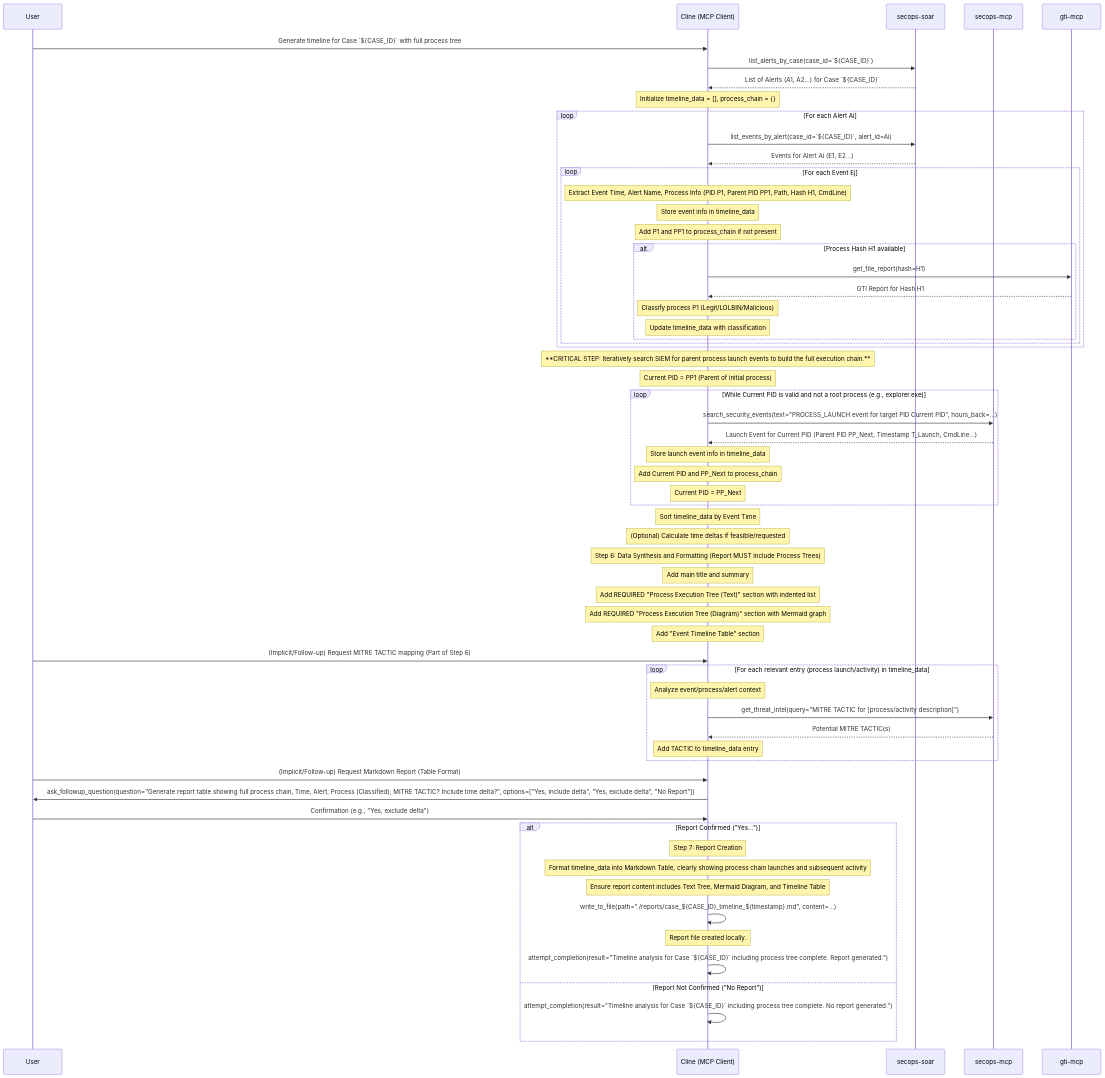
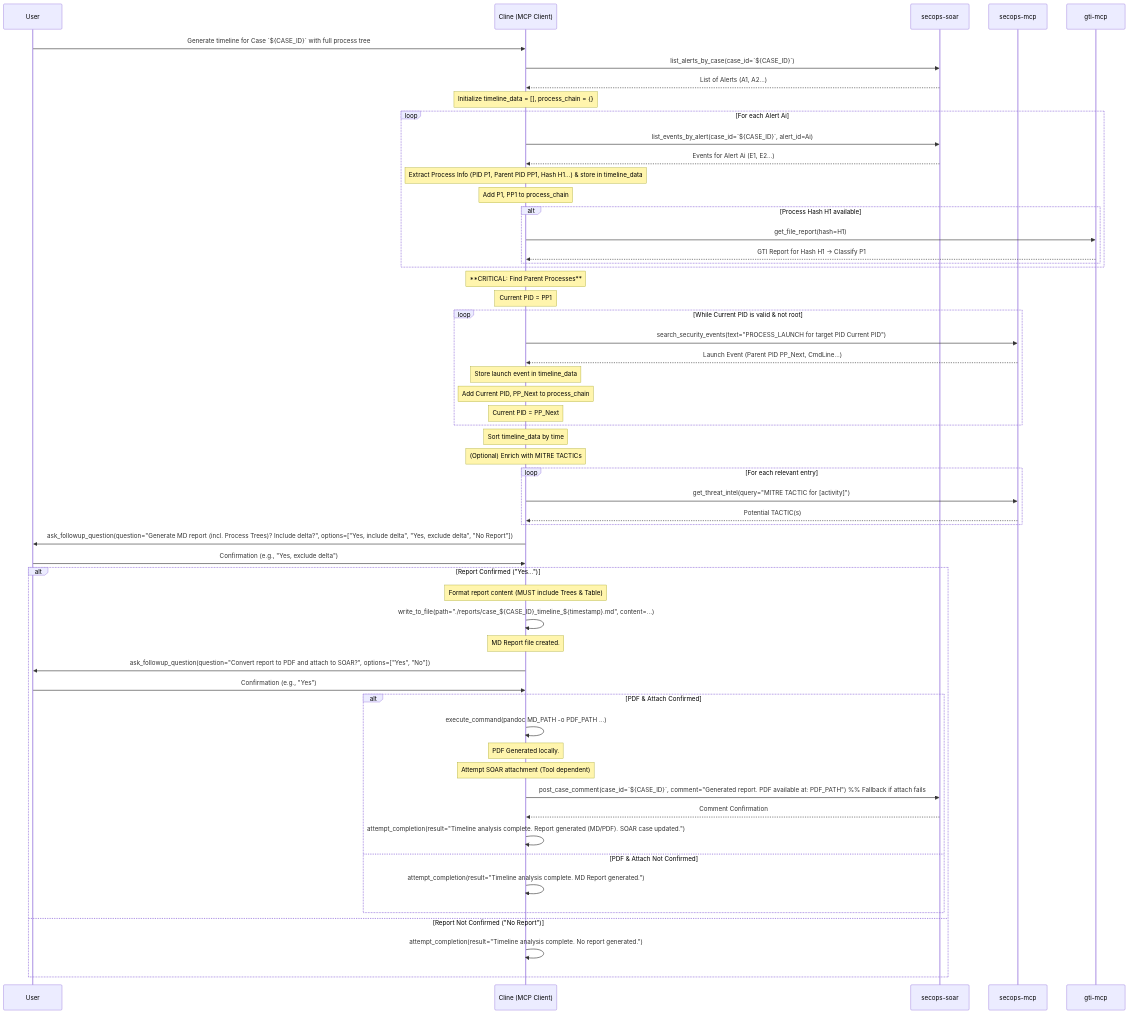
One commit to google/mcp-security changed the tenth of 10 diagrams in WORKFLOWS.md. Above: the diagram before and after it, drawn with Mermaid. The commit also changed other lines of this file, not shown here.

Commit message:
merge two proc tree workflows

````diff
--- a/WORKFLOWS.md
+++ b/WORKFLOWS.md
@@ -922,72 +829,68 @@
 ```{mermaid}
 sequenceDiagram
     participant User
     participant Cline as Cline (MCP Client)
     participant SOAR as secops-soar
     participant SIEM as secops-mcp
     participant GTI as gti-mcp
 
     User->>Cline: Generate timeline for Case `${CASE_ID}` with full process tree
     Cline->>SOAR: list_alerts_by_case(case_id=`${CASE_ID}`)
-    SOAR-->>Cline: List of Alerts (A1, A2...) for Case `${CASE_ID}`
+    SOAR-->>Cline: List of Alerts (A1, A2...)
 
     Note over Cline: Initialize timeline_data = [], process_chain = {}
     loop For each Alert Ai
         Cline->>SOAR: list_events_by_alert(case_id=`${CASE_ID}`, alert_id=Ai)
         SOAR-->>Cline: Events for Alert Ai (E1, E2...)
-        loop For each Event Ej
-            Note over Cline: Extract Event Time, Alert Name, Process Info (PID P1, Parent PID PP1, Path, Hash H1, CmdLine)
-            Note over Cline: Store event info in timeline_data
-            Note over Cline: Add P1 and PP1 to process_chain if not present
-            alt Process Hash H1 available
-                Cline->>GTI: get_file_report(hash=H1)
-                GTI-->>Cline: GTI Report for Hash H1
-                Note over Cline: Classify process P1 (Legit/LOLBIN/Malicious)
-                Note over Cline: Update timeline_data with classification
-            end
+        Note over Cline: Extract Process Info (PID P1, Parent PID PP1, Hash H1...) & store in timeline_data
+        Note over Cline: Add P1, PP1 to process_chain
+        alt Process Hash H1 available
+            Cline->>GTI: get_file_report(hash=H1)
+            GTI-->>Cline: GTI Report for Hash H1 -> Classify P1
         end
     end
 
-    Note over Cline: **CRITICAL STEP: Iteratively search SIEM for parent process launch events to build the full execution chain.**
-    Note over Cline: Current PID = PP1 (Parent of initial process)
-    loop While Current PID is valid and not a root process (e.g., explorer.exe)
-        Cline->>SIEM: search_security_events(text="PROCESS_LAUNCH event for target PID Current PID", hours_back=...)
-        SIEM-->>Cline: Launch Event for Current PID (Parent PID PP_Next, Timestamp T_Launch, CmdLine...)
-        Note over Cline: Store launch event info in timeline_data
-        Note over Cline: Add Current PID and PP_Next to process_chain
+    Note over Cline: **CRITICAL: Find Parent Processes**
+    Note over Cline: Current PID = PP1
+    loop While Current PID is valid & not root
+        Cline->>SIEM: search_security_events(text="PROCESS_LAUNCH for target PID Current PID")
+        SIEM-->>Cline: Launch Event (Parent PID PP_Next, CmdLine...)
+        Note over Cline: Store launch event in timeline_data
+        Note over Cline: Add Current PID, PP_Next to process_chain
         Note over Cline: Current PID = PP_Next
     end
 
-    Note over Cline: Sort timeline_data by Event Time
-    Note over Cline: (Optional) Calculate time deltas if feasible/requested
+    Note over Cline: Sort timeline_data by time
 
-    Note over Cline: Step 6: Data Synthesis and Formatting (Report MUST include Process Trees)
-    Note over Cline: Add main title and summary
-    Note over Cline: Add REQUIRED "Process Execution Tree (Text)" section with indented list
-    Note over Cline: Add REQUIRED "Process Execution Tree (Diagram)" section with Mermaid graph
-    Note over Cline: Add "Event Timeline Table" section
-
-    User->>Cline: (Implicit/Follow-up) Request MITRE TACTIC mapping (Part of Step 6)
-    loop For each relevant entry (process launch/activity) in timeline_data
-        Note over Cline: Analyze event/process/alert context
-        Cline->>SIEM: get_threat_intel(query="MITRE TACTIC for [process/activity description]")
-        SIEM-->>Cline: Potential MITRE TACTIC(s)
-        Note over Cline: Add TACTIC to timeline_data entry
+    Note over Cline: (Optional) Enrich with MITRE TACTICs
+    loop For each relevant entry
+        Cline->>SIEM: get_threat_intel(query="MITRE TACTIC for [activity]")
+        SIEM-->>Cline: Potential TACTIC(s)
     end
 
-    User->>Cline: (Implicit/Follow-up) Request Markdown Report (Table Format)
-    Cline->>User: ask_followup_question(question="Generate report table showing full process chain, Time, Alert, Process (Classified), MITRE TACTIC? Include time delta?", options=["Yes, include delta", "Yes, exclude delta", "No Report"])
+    Cline->>User: ask_followup_question(question="Generate MD report (incl. Process Trees)? Include delta?", options=["Yes, include delta", "Yes, exclude delta", "No Report"])
     User->>Cline: Confirmation (e.g., "Yes, exclude delta")
 
     alt Report Confirmed ("Yes...")
-        Note over Cline: Step 7: Report Creation
-        Note over Cline: Format timeline_data into Markdown Table, clearly showing process chain launches and subsequent activity
-        Note over Cline: Ensure report content includes Text Tree, Mermaid Diagram, and Timeline Table
+        Note over Cline: Format report content (MUST include Trees & Table)
         Cline->>Cline: write_to_file(path="./reports/case_${CASE_ID}_timeline_${timestamp}.md", content=...)
-        Note over Cline: Report file created locally.
-        Cline->>Cline: attempt_completion(result="Timeline analysis for Case `${CASE_ID}` including process tree complete. Report generated.")
+        Note over Cline: MD Report file created.
+
+        Cline->>User: ask_followup_question(question="Convert report to PDF and attach to SOAR?", options=["Yes", "No"])
+        User->>Cline: Confirmation (e.g., "Yes")
+
+        alt PDF & Attach Confirmed
+            Cline->>Cline: execute_command(pandoc MD_PATH -o PDF_PATH ...)
+            Note over Cline: PDF Generated locally.
+            Note over Cline: Attempt SOAR attachment (Tool dependent)
+            Cline->>SOAR: post_case_comment(case_id=`${CASE_ID}`, comment="Generated report. PDF available at: PDF_PATH") %% Fallback if attach fails
+            SOAR-->>Cline: Comment Confirmation
+            Cline->>Cline: attempt_completion(result="Timeline analysis complete. Report generated (MD/PDF). SOAR case updated.")
+        else PDF & Attach Not Confirmed
+            Cline->>Cline: attempt_completion(result="Timeline analysis complete. MD Report generated.")
+        end
     else Report Not Confirmed ("No Report")
-        Cline->>Cline: attempt_completion(result="Timeline analysis for Case `${CASE_ID}` including process tree complete. No report generated.")
+        Cline->>Cline: attempt_completion(result="Timeline analysis complete. No report generated.")
     end
 
 ```
````
